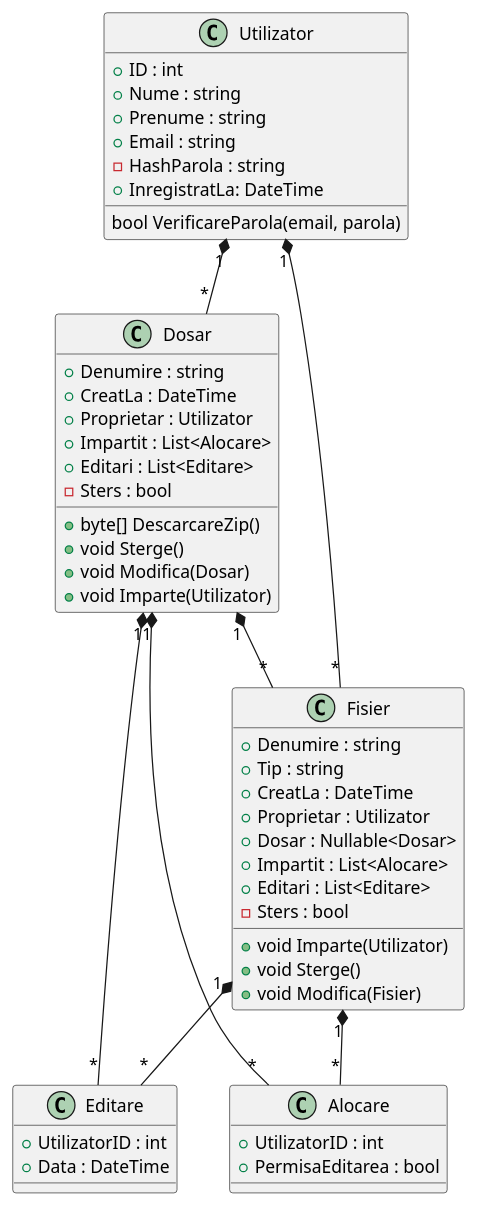
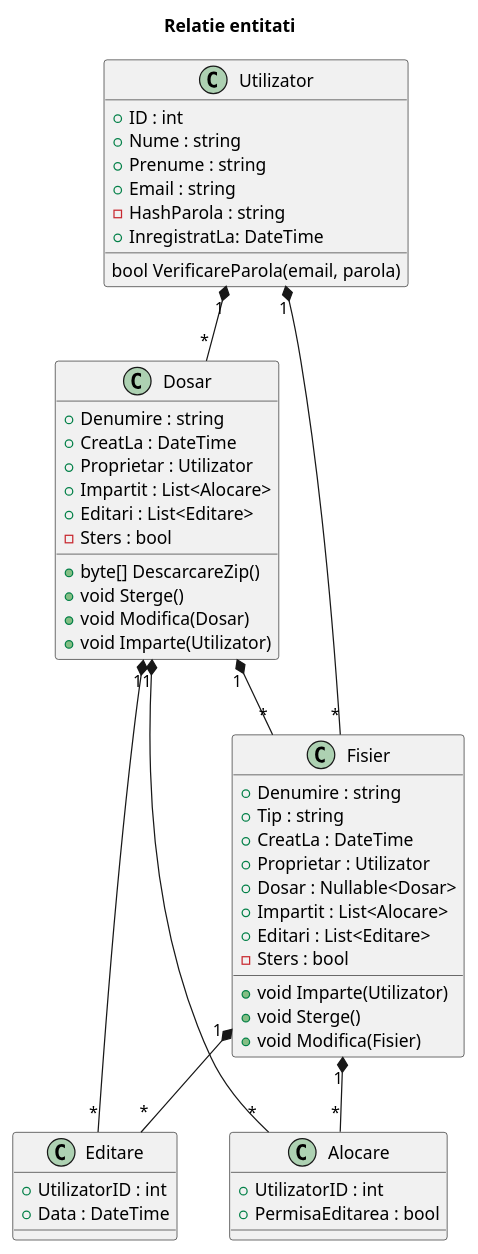
One commit to adrianvlupu/proiect-metode-devoltare-software changed the diagram in class.entities.puml. Above: the diagram before and after it, drawn with PlantUML. The commit also changed 2 other files, not shown here.

Commit message:
controller diagrams

```diff
--- a/class.entities.puml
+++ b/class.entities.puml
@@ -1,60 +1,62 @@
 @startuml
+
+title Relatie entitati
 
 class Utilizator {
     + ID : int
     + Nume : string
     + Prenume : string
     + Email : string
     - HashParola : string
     + InregistratLa: DateTime
 
     bool VerificareParola(email, parola)
 }
 
 class Fisier {
     + Denumire : string
     + Tip : string
     + CreatLa : DateTime
     + Proprietar : Utilizator
     + Dosar : Nullable<Dosar>
     + Impartit : List<Alocare>
     + Editari : List<Editare>
     - Sters : bool
 
     + void Imparte(Utilizator)
     + void Sterge()
     + void Modifica(Fisier)
 }
 
 class Alocare {
     + UtilizatorID : int
     + PermisaEditarea : bool
 }
 
 class Editare {
     + UtilizatorID : int
     + Data : DateTime
 }
 
 class Dosar {
     + Denumire : string
     + CreatLa : DateTime
     + Proprietar : Utilizator
     + Impartit : List<Alocare>
     + Editari : List<Editare>
     - Sters : bool
     
     + byte[] DescarcareZip()
     + void Sterge()
     + void Modifica(Dosar)
     + void Imparte(Utilizator)
 }
 
 Utilizator "1" *-- "*" Fisier
 Utilizator "1" *-- "*" Dosar
 Dosar "1" *-- "*" Alocare
 Dosar "1" *-- "*" Editare
 Dosar "1" *-- "*" Fisier
 Fisier "1" *-- "*" Alocare
 Fisier "1" *-- "*" Editare
 @enduml
```
